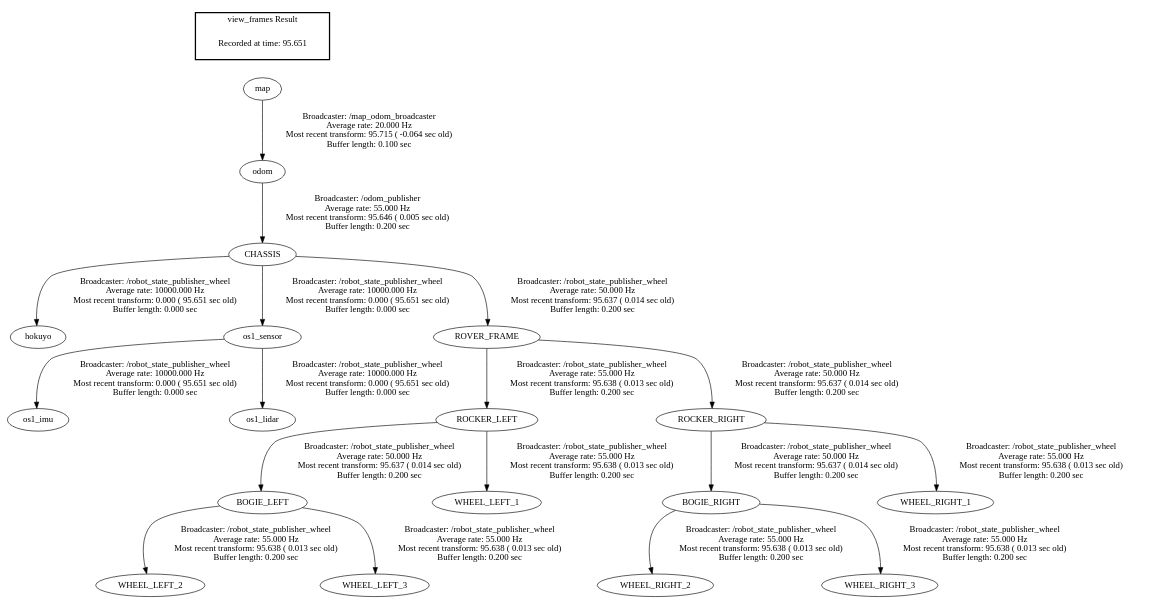
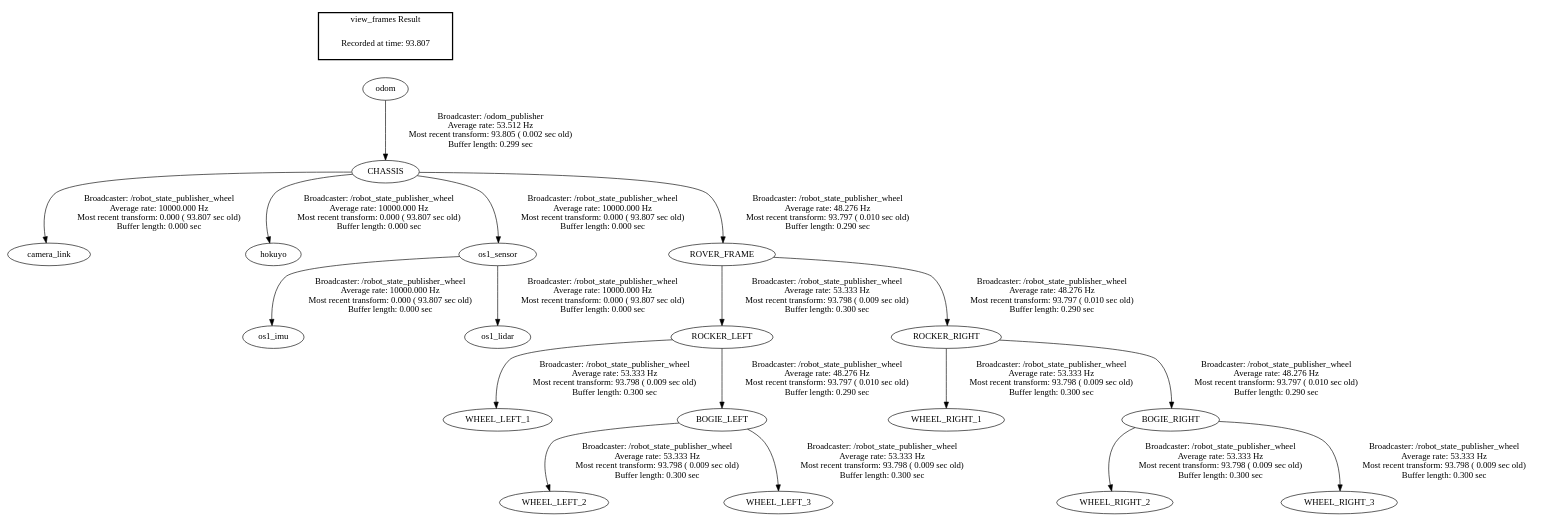
The diagram in frames.gv (EPFLXplore/main_NAV_ws), drawn with Graphviz before and after one commit. The commit also changed 25 other files, not shown here.

```diff
--- a/frames.gv
+++ b/frames.gv
@@ -1,23 +1,23 @@
 digraph G {
-"CHASSIS" -> "hokuyo"[label="Broadcaster: /robot_state_publisher_wheel\nAverage rate: 10000.000 Hz\nMost recent transform: 0.000 ( 95.651 sec old)\nBuffer length: 0.000 sec\n"];
-"odom" -> "CHASSIS"[label="Broadcaster: /odom_publisher\nAverage rate: 55.000 Hz\nMost recent transform: 95.646 ( 0.005 sec old)\nBuffer length: 0.200 sec\n"];
-"os1_sensor" -> "os1_imu"[label="Broadcaster: /robot_state_publisher_wheel\nAverage rate: 10000.000 Hz\nMost recent transform: 0.000 ( 95.651 sec old)\nBuffer length: 0.000 sec\n"];
-"CHASSIS" -> "os1_sensor"[label="Broadcaster: /robot_state_publisher_wheel\nAverage rate: 10000.000 Hz\nMost recent transform: 0.000 ( 95.651 sec old)\nBuffer length: 0.000 sec\n"];
-"os1_sensor" -> "os1_lidar"[label="Broadcaster: /robot_state_publisher_wheel\nAverage rate: 10000.000 Hz\nMost recent transform: 0.000 ( 95.651 sec old)\nBuffer length: 0.000 sec\n"];
-"ROCKER_LEFT" -> "BOGIE_LEFT"[label="Broadcaster: /robot_state_publisher_wheel\nAverage rate: 50.000 Hz\nMost recent transform: 95.637 ( 0.014 sec old)\nBuffer length: 0.200 sec\n"];
-"ROVER_FRAME" -> "ROCKER_LEFT"[label="Broadcaster: /robot_state_publisher_wheel\nAverage rate: 55.000 Hz\nMost recent transform: 95.638 ( 0.013 sec old)\nBuffer length: 0.200 sec\n"];
-"ROCKER_RIGHT" -> "BOGIE_RIGHT"[label="Broadcaster: /robot_state_publisher_wheel\nAverage rate: 50.000 Hz\nMost recent transform: 95.637 ( 0.014 sec old)\nBuffer length: 0.200 sec\n"];
-"ROVER_FRAME" -> "ROCKER_RIGHT"[label="Broadcaster: /robot_state_publisher_wheel\nAverage rate: 50.000 Hz\nMost recent transform: 95.637 ( 0.014 sec old)\nBuffer length: 0.200 sec\n"];
-"CHASSIS" -> "ROVER_FRAME"[label="Broadcaster: /robot_state_publisher_wheel\nAverage rate: 50.000 Hz\nMost recent transform: 95.637 ( 0.014 sec old)\nBuffer length: 0.200 sec\n"];
-"ROCKER_LEFT" -> "WHEEL_LEFT_1"[label="Broadcaster: /robot_state_publisher_wheel\nAverage rate: 55.000 Hz\nMost recent transform: 95.638 ( 0.013 sec old)\nBuffer length: 0.200 sec\n"];
-"BOGIE_LEFT" -> "WHEEL_LEFT_2"[label="Broadcaster: /robot_state_publisher_wheel\nAverage rate: 55.000 Hz\nMost recent transform: 95.638 ( 0.013 sec old)\nBuffer length: 0.200 sec\n"];
-"BOGIE_LEFT" -> "WHEEL_LEFT_3"[label="Broadcaster: /robot_state_publisher_wheel\nAverage rate: 55.000 Hz\nMost recent transform: 95.638 ( 0.013 sec old)\nBuffer length: 0.200 sec\n"];
-"ROCKER_RIGHT" -> "WHEEL_RIGHT_1"[label="Broadcaster: /robot_state_publisher_wheel\nAverage rate: 55.000 Hz\nMost recent transform: 95.638 ( 0.013 sec old)\nBuffer length: 0.200 sec\n"];
-"BOGIE_RIGHT" -> "WHEEL_RIGHT_2"[label="Broadcaster: /robot_state_publisher_wheel\nAverage rate: 55.000 Hz\nMost recent transform: 95.638 ( 0.013 sec old)\nBuffer length: 0.200 sec\n"];
-"BOGIE_RIGHT" -> "WHEEL_RIGHT_3"[label="Broadcaster: /robot_state_publisher_wheel\nAverage rate: 55.000 Hz\nMost recent transform: 95.638 ( 0.013 sec old)\nBuffer length: 0.200 sec\n"];
-"map" -> "odom"[label="Broadcaster: /map_odom_broadcaster\nAverage rate: 20.000 Hz\nMost recent transform: 95.715 ( -0.064 sec old)\nBuffer length: 0.100 sec\n"];
+"CHASSIS" -> "camera_link"[label="Broadcaster: /robot_state_publisher_wheel\nAverage rate: 10000.000 Hz\nMost recent transform: 0.000 ( 93.807 sec old)\nBuffer length: 0.000 sec\n"];
+"odom" -> "CHASSIS"[label="Broadcaster: /odom_publisher\nAverage rate: 53.512 Hz\nMost recent transform: 93.805 ( 0.002 sec old)\nBuffer length: 0.299 sec\n"];
+"CHASSIS" -> "hokuyo"[label="Broadcaster: /robot_state_publisher_wheel\nAverage rate: 10000.000 Hz\nMost recent transform: 0.000 ( 93.807 sec old)\nBuffer length: 0.000 sec\n"];
+"os1_sensor" -> "os1_imu"[label="Broadcaster: /robot_state_publisher_wheel\nAverage rate: 10000.000 Hz\nMost recent transform: 0.000 ( 93.807 sec old)\nBuffer length: 0.000 sec\n"];
+"CHASSIS" -> "os1_sensor"[label="Broadcaster: /robot_state_publisher_wheel\nAverage rate: 10000.000 Hz\nMost recent transform: 0.000 ( 93.807 sec old)\nBuffer length: 0.000 sec\n"];
+"os1_sensor" -> "os1_lidar"[label="Broadcaster: /robot_state_publisher_wheel\nAverage rate: 10000.000 Hz\nMost recent transform: 0.000 ( 93.807 sec old)\nBuffer length: 0.000 sec\n"];
+"ROVER_FRAME" -> "ROCKER_LEFT"[label="Broadcaster: /robot_state_publisher_wheel\nAverage rate: 53.333 Hz\nMost recent transform: 93.798 ( 0.009 sec old)\nBuffer length: 0.300 sec\n"];
+"CHASSIS" -> "ROVER_FRAME"[label="Broadcaster: /robot_state_publisher_wheel\nAverage rate: 48.276 Hz\nMost recent transform: 93.797 ( 0.010 sec old)\nBuffer length: 0.290 sec\n"];
+"ROCKER_LEFT" -> "WHEEL_LEFT_1"[label="Broadcaster: /robot_state_publisher_wheel\nAverage rate: 53.333 Hz\nMost recent transform: 93.798 ( 0.009 sec old)\nBuffer length: 0.300 sec\n"];
+"BOGIE_LEFT" -> "WHEEL_LEFT_2"[label="Broadcaster: /robot_state_publisher_wheel\nAverage rate: 53.333 Hz\nMost recent transform: 93.798 ( 0.009 sec old)\nBuffer length: 0.300 sec\n"];
+"ROCKER_LEFT" -> "BOGIE_LEFT"[label="Broadcaster: /robot_state_publisher_wheel\nAverage rate: 48.276 Hz\nMost recent transform: 93.797 ( 0.010 sec old)\nBuffer length: 0.290 sec\n"];
+"BOGIE_LEFT" -> "WHEEL_LEFT_3"[label="Broadcaster: /robot_state_publisher_wheel\nAverage rate: 53.333 Hz\nMost recent transform: 93.798 ( 0.009 sec old)\nBuffer length: 0.300 sec\n"];
+"ROCKER_RIGHT" -> "WHEEL_RIGHT_1"[label="Broadcaster: /robot_state_publisher_wheel\nAverage rate: 53.333 Hz\nMost recent transform: 93.798 ( 0.009 sec old)\nBuffer length: 0.300 sec\n"];
+"ROVER_FRAME" -> "ROCKER_RIGHT"[label="Broadcaster: /robot_state_publisher_wheel\nAverage rate: 48.276 Hz\nMost recent transform: 93.797 ( 0.010 sec old)\nBuffer length: 0.290 sec\n"];
+"BOGIE_RIGHT" -> "WHEEL_RIGHT_2"[label="Broadcaster: /robot_state_publisher_wheel\nAverage rate: 53.333 Hz\nMost recent transform: 93.798 ( 0.009 sec old)\nBuffer length: 0.300 sec\n"];
+"ROCKER_RIGHT" -> "BOGIE_RIGHT"[label="Broadcaster: /robot_state_publisher_wheel\nAverage rate: 48.276 Hz\nMost recent transform: 93.797 ( 0.010 sec old)\nBuffer length: 0.290 sec\n"];
+"BOGIE_RIGHT" -> "WHEEL_RIGHT_3"[label="Broadcaster: /robot_state_publisher_wheel\nAverage rate: 53.333 Hz\nMost recent transform: 93.798 ( 0.009 sec old)\nBuffer length: 0.300 sec\n"];
 edge [style=invis];
  subgraph cluster_legend { style=bold; color=black; label ="view_frames Result";
-"Recorded at time: 95.651"[ shape=plaintext ] ;
- }->"map";
+"Recorded at time: 93.807"[ shape=plaintext ] ;
+ }->"odom";
 }
```
